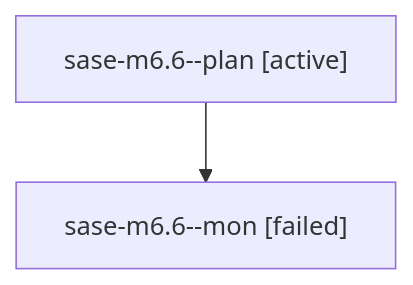
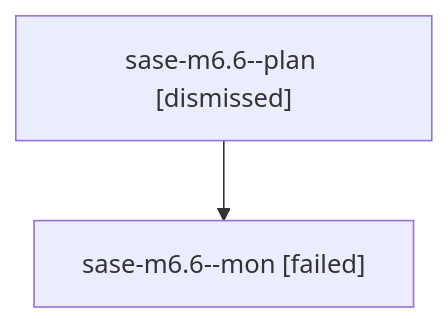
Before and after one commit to sase-org/sase--agents: the diagram in sessions/bbugyi200.athena.sase-m6.6.md, drawn with Mermaid. The commit also changed other lines of this file and 187 other files, not shown here.

````diff
--- a/sessions/bbugyi200.athena.sase-m6.6.md
+++ b/sessions/bbugyi200.athena.sase-m6.6.md
@@ -9,6 +9,6 @@
 ```mermaid
 flowchart TD
-  n0["sase-m6.6--plan [active]"]
+  n0["sase-m6.6--plan [dismissed]"]
   n1["sase-m6.6--mon [failed]"]
   n0 --> n1
 ```
````
